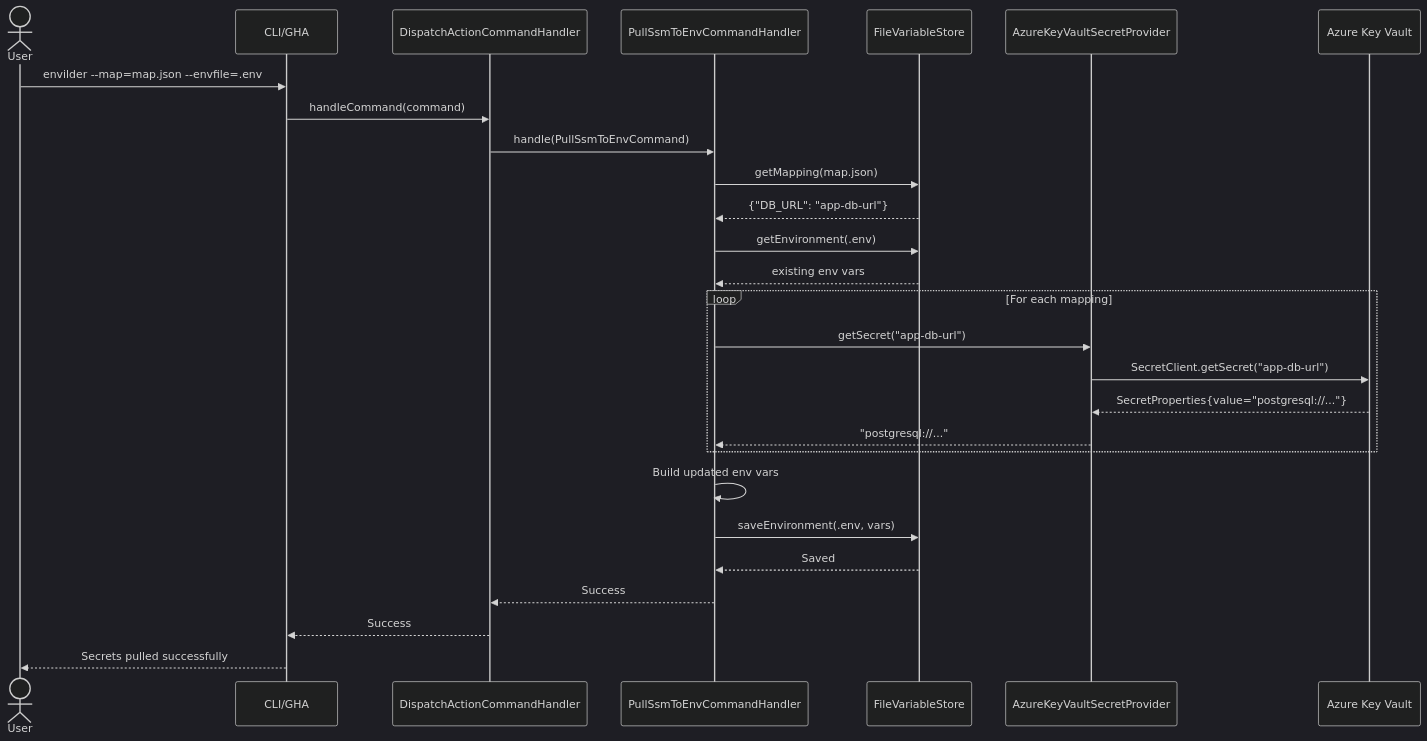
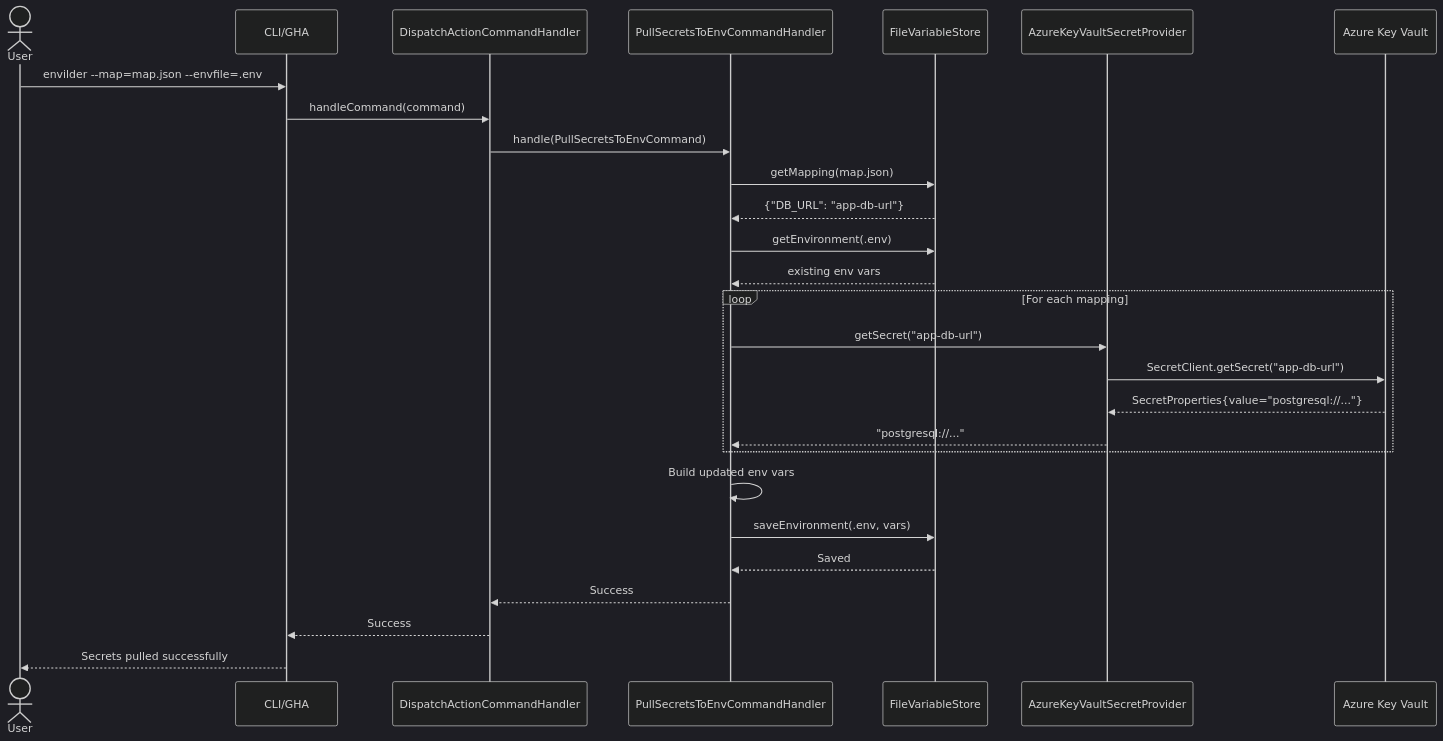
The third of 6 diagrams in docs/architecture/README.md (macalbert/envilder), drawn with Mermaid (dark theme) before and after one commit. The commit also changed other lines of this file and 183 other files, not shown here.

````diff
--- a/docs/architecture/README.md
+++ b/docs/architecture/README.md
@@ -214,35 +214,35 @@
 ```mermaid
 sequenceDiagram
     actor User
     participant CLI as CLI/GHA
     participant Dispatch as DispatchActionCommandHandler
-    participant Pull as PullSsmToEnvCommandHandler
+    participant Pull as PullSecretsToEnvCommandHandler
     participant FileStore as FileVariableStore
     participant AZ as AzureKeyVaultSecretProvider
     participant KV as Azure Key Vault
 
     User->>CLI: envilder --map=map.json --envfile=.env
     CLI->>Dispatch: handleCommand(command)
-    Dispatch->>Pull: handle(PullSsmToEnvCommand)
+    Dispatch->>Pull: handle(PullSecretsToEnvCommand)
     
     Pull->>FileStore: getMapping(map.json)
     FileStore-->>Pull: {"DB_URL": "app-db-url"}
     
     Pull->>FileStore: getEnvironment(.env)
     FileStore-->>Pull: existing env vars
     
     loop For each mapping
         Pull->>AZ: getSecret("app-db-url")
         AZ->>KV: SecretClient.getSecret("app-db-url")
         KV-->>AZ: SecretProperties{value="postgresql://..."}
         AZ-->>Pull: "postgresql://..."
     end
     
     Pull->>Pull: Build updated env vars
     Pull->>FileStore: saveEnvironment(.env, vars)
     FileStore-->>Pull: Saved
     
     Pull-->>Dispatch: Success
     Dispatch-->>CLI: Success
     CLI-->>User: Secrets pulled successfully
 ```
````
